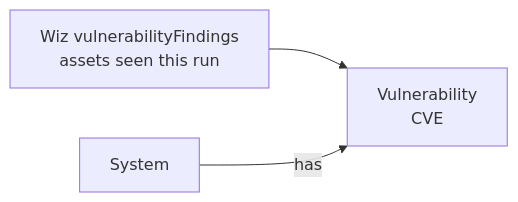
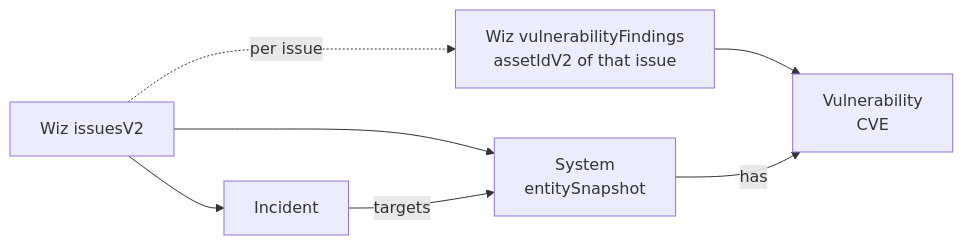
One commit to mattjacksoncello/connectors changed the second of 2 diagrams in external-import/wiz-cloud/README.md. Above: the diagram before and after it, drawn with Mermaid. The commit also changed other lines of this file and 9 other files, not shown here.

First line of the commit message:
refactor(wiz-cloud): fetch vulnerabilities per issue instead of in a second phase (#3894)

````diff
--- a/external-import/wiz-cloud/README.md
+++ b/external-import/wiz-cloud/README.md
@@ -79,5 +79,9 @@
 ```mermaid
 graph LR
-    A[Wiz vulnerabilityFindings<br/>assets seen this run] --> V[Vulnerability<br/>CVE]
-    S[System] -- has --> V
+    A[Wiz issuesV2] --> B[Incident]
+    A --> S[System<br/>entitySnapshot]
+    B -- targets --> S
+    A -. per issue .-> F[Wiz vulnerabilityFindings<br/>assetIdV2 of that issue]
+    F --> V[Vulnerability<br/>CVE]
+    S -- has --> V
 ```
````
